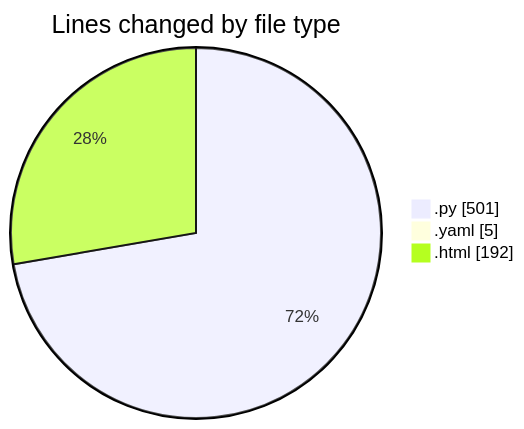
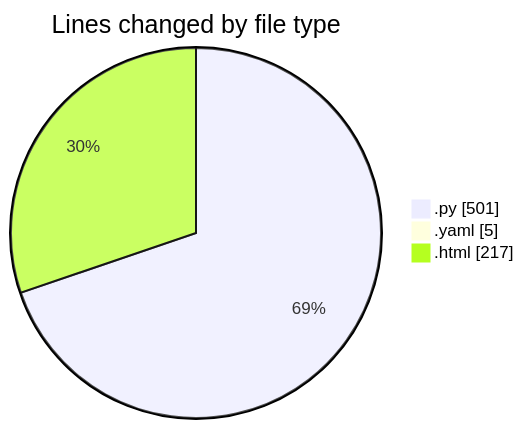
The first of 2 diagrams in 2025-06-26/webapp/README.md (Ritupan-Deka/code-tracking), drawn with Mermaid before and after one commit. The commit also changed other lines of this file and 1 other file, not shown here.

````diff
--- a/2025-06-26/webapp/README.md
+++ b/2025-06-26/webapp/README.md
@@ -26,7 +26,7 @@
 ```mermaid
 pie showData
 title Lines changed by file type
 ".py" : 501
 ".yaml" : 5
-".html" : 192
+".html" : 217
 ```
````
